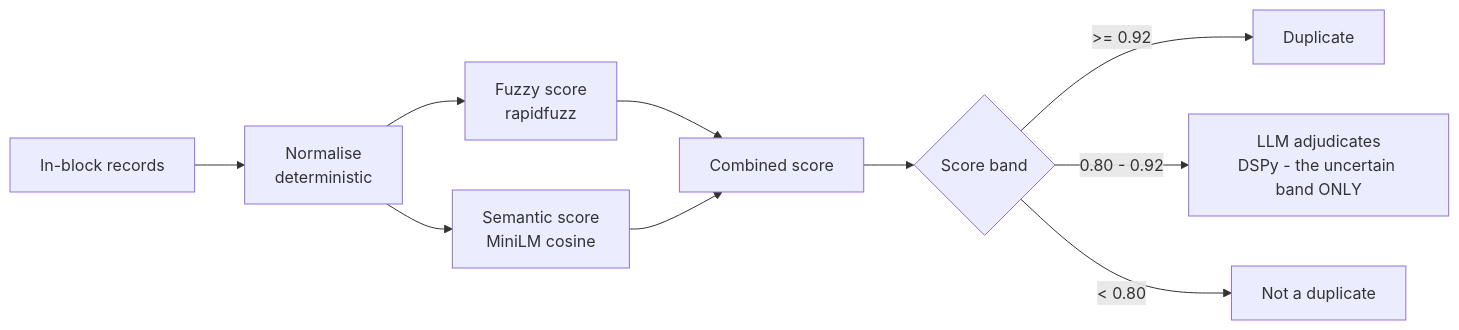
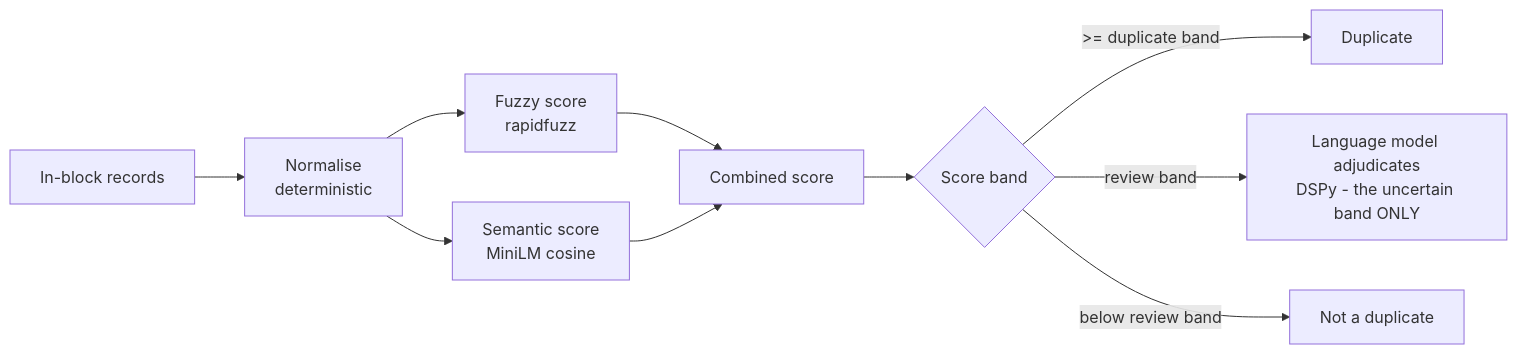
Before and after one commit to Lookieman/agentdq: the fourth of 4 diagrams in docs/agentdq_design.md, drawn with Mermaid. The commit also changed other lines of this file and 9 other files, not shown here.

````diff
--- a/docs/agentdq_design.md
+++ b/docs/agentdq_design.md
@@ -401,12 +434,12 @@
 ```mermaid
 graph LR
     A[In-block records] --> N[Normalise<br/>deterministic]
     N --> F[Fuzzy score<br/>rapidfuzz]
     N --> S[Semantic score<br/>MiniLM cosine]
     F --> C[Combined score]
     S --> C
     C --> B{Score band}
-    B -->|>= 0.92| D[Duplicate]
-    B -->|0.80 - 0.92| L[LLM adjudicates<br/>DSPy - the uncertain band ONLY]
-    B -->|< 0.80| X[Not a duplicate]
+    B -->|>= duplicate band| D[Duplicate]
+    B -->|review band| L[Language model adjudicates<br/>DSPy - the uncertain band ONLY]
+    B -->|below review band| X[Not a duplicate]
 ```
````
